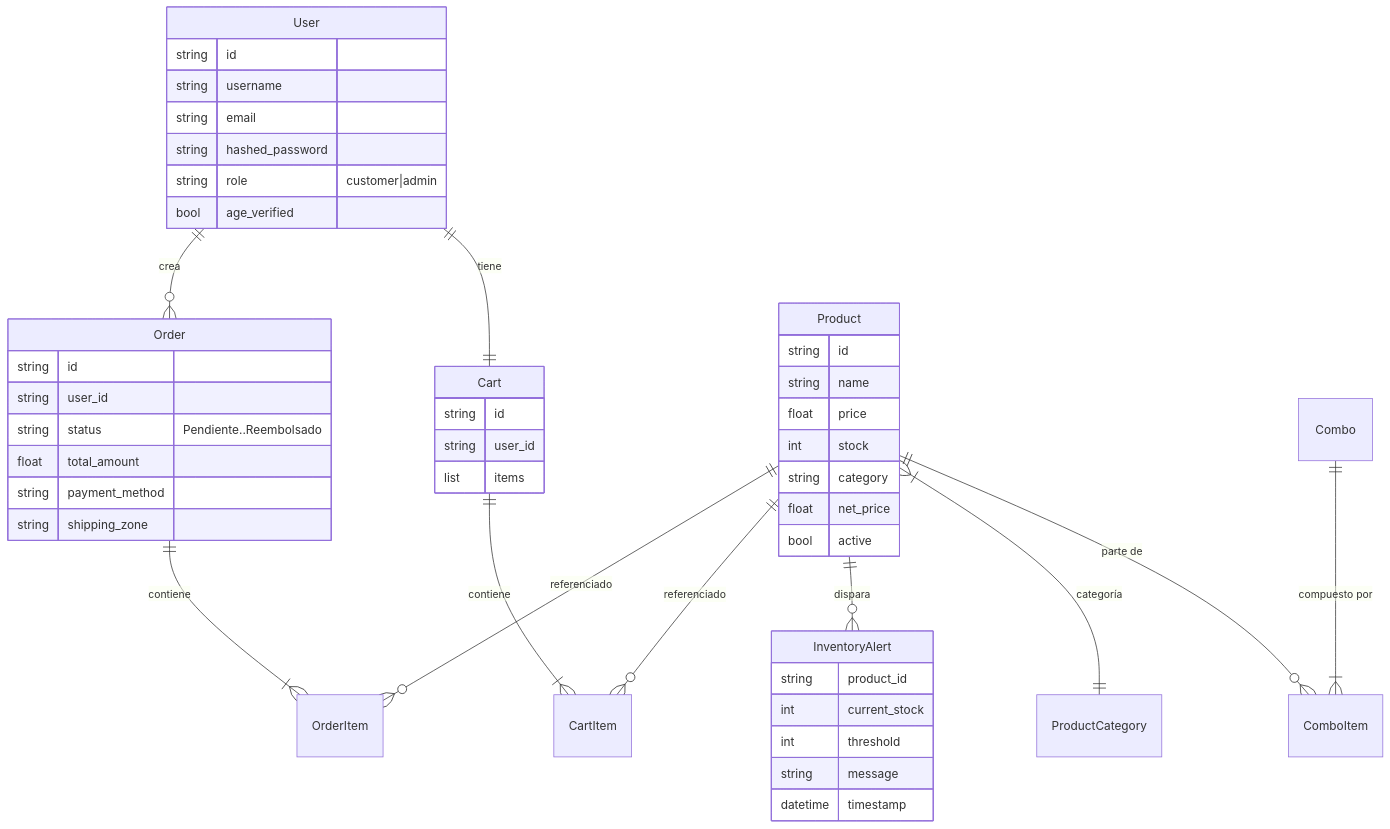
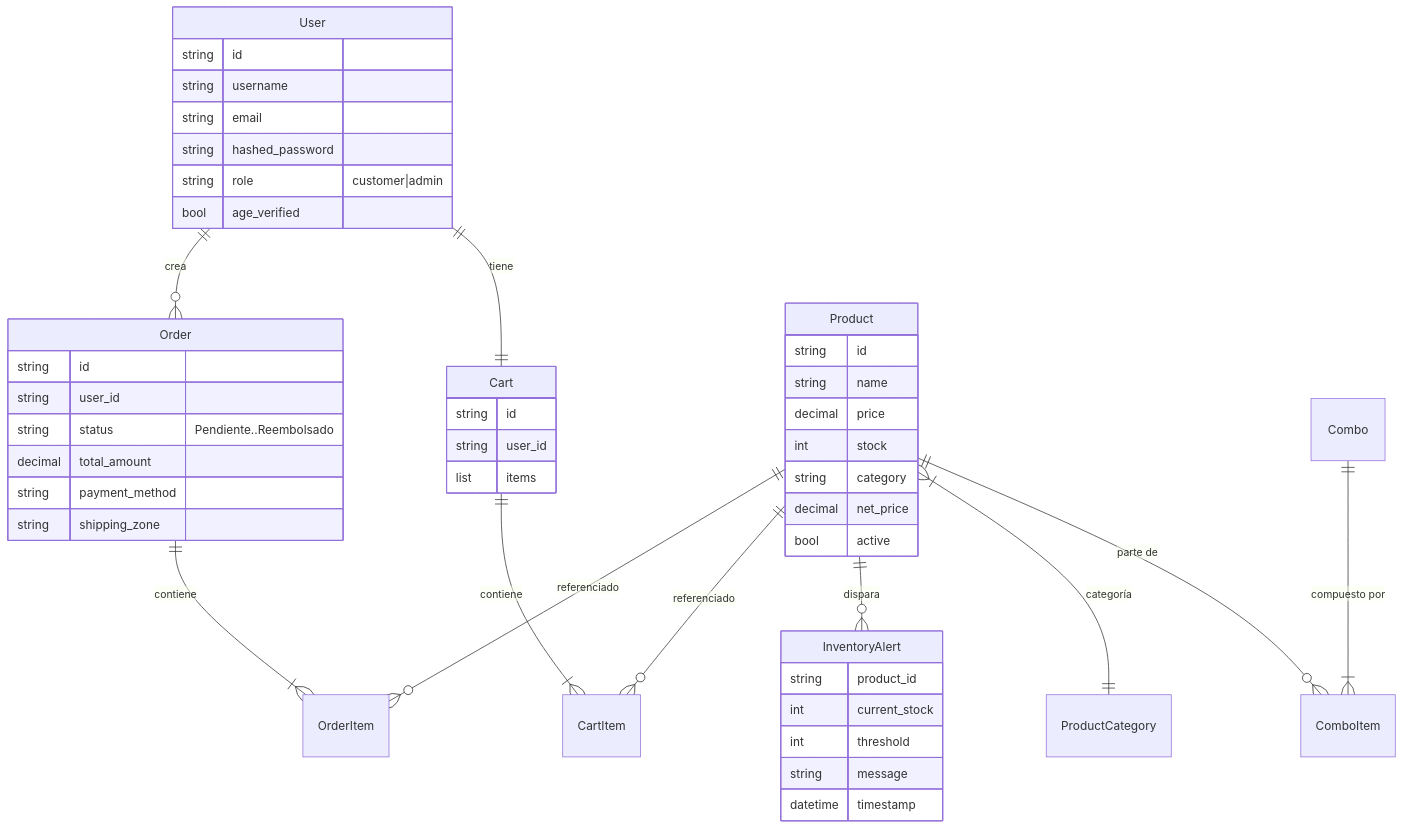
The fourth of 5 diagrams in README.md (Dybalux/webmarket), drawn with Mermaid before and after one commit. The commit also changed other lines of this file and 26 other files, not shown here.

First line of the commit message:
fix(security): decimal refactor — float → Decimal for monetary values

````diff
--- a/README.md
+++ b/README.md
@@ -405,55 +446,55 @@
 ```mermaid
 erDiagram
     User ||--o{ Order : "crea"
     User ||--|| Cart : "tiene"
     Order ||--|{ OrderItem : "contiene"
     Cart ||--|{ CartItem : "contiene"
     Product ||--o{ OrderItem : "referenciado"
     Product ||--o{ CartItem : "referenciado"
     Product ||--o{ InventoryAlert : "dispara"
     Product }|--|| ProductCategory : "categoría"
     Combo ||--|{ ComboItem : "compuesto por"
     Product ||--o{ ComboItem : "parte de"
 
     User {
         string id
         string username
         string email
         string hashed_password
         string role "customer|admin"
         bool age_verified
     }
 
     Order {
         string id
         string user_id
         string status "Pendiente..Reembolsado"
-        float total_amount
+        decimal total_amount
         string payment_method
         string shipping_zone
     }
 
     Product {
         string id
         string name
-        float price
+        decimal price
         int stock
         string category
-        float net_price
+        decimal net_price
         bool active
     }
 
     Cart {
         string id
         string user_id
         list items
     }
 
     InventoryAlert {
         string product_id
         int current_stock
         int threshold
         string message
         datetime timestamp
     }
 ```
````
